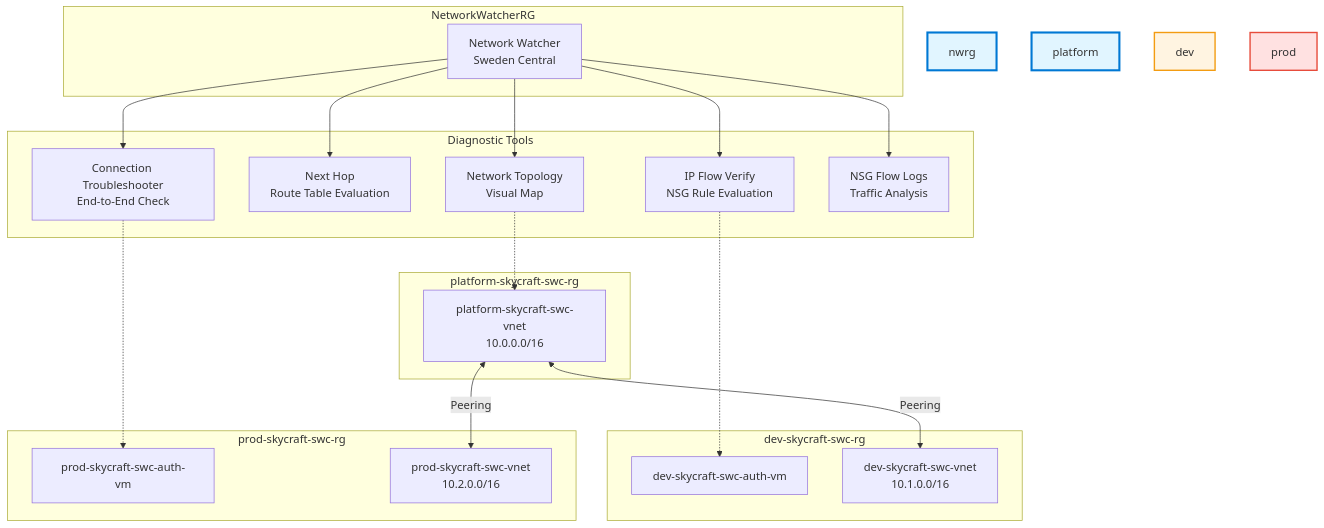
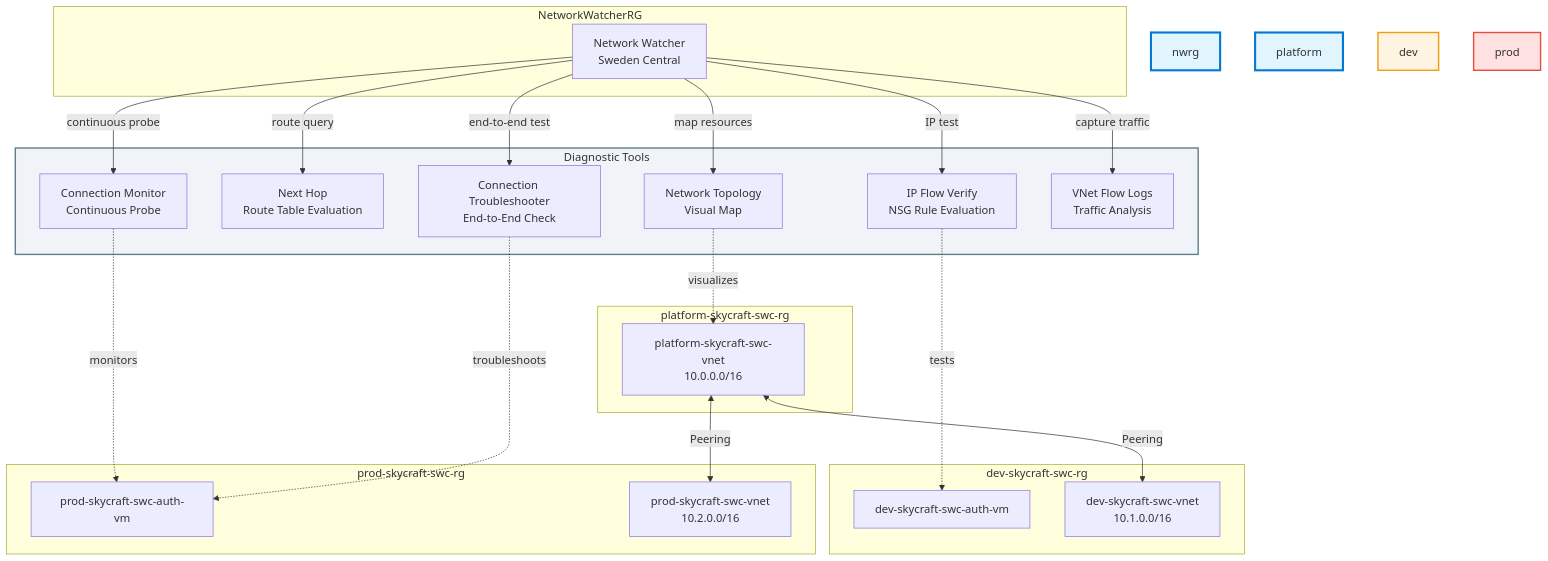
The diagram in module-5-monitoring-maintenance/5.3-network-monitoring/lab-guide-5.3.md (mbiszczanik/skycraft), drawn with Mermaid before and after one commit. The commit also changed other lines of this file and 35 other files, not shown here.

````diff
--- a/module-5-monitoring-maintenance/5.3-network-monitoring/lab-guide-5.3.md
+++ b/module-5-monitoring-maintenance/5.3-network-monitoring/lab-guide-5.3.md
@@ -20,44 +21,48 @@
 ```mermaid
 graph TB
     subgraph "NetworkWatcherRG"
         style nwrg fill:#e1f5ff,stroke:#0078d4,stroke-width:3px
         NW["Network Watcher<br/>Sweden Central"]
     end
 
-    subgraph "Diagnostic Tools"
+    subgraph dt["Diagnostic Tools"]
+        style dt fill:#f0f4f8,stroke:#607d8b,stroke-width:2px
         IPF["IP Flow Verify<br/>NSG Rule Evaluation"]
         NH["Next Hop<br/>Route Table Evaluation"]
         CT["Connection Troubleshooter<br/>End-to-End Check"]
+        CM["Connection Monitor<br/>Continuous Probe"]
         TOPO["Network Topology<br/>Visual Map"]
-        FL["NSG Flow Logs<br/>Traffic Analysis"]
+        FL["VNet Flow Logs<br/>Traffic Analysis"]
     end
 
     subgraph "platform-skycraft-swc-rg"
         style platform fill:#e1f5ff,stroke:#0078d4,stroke-width:3px
         VNET_Hub["platform-skycraft-swc-vnet<br/>10.0.0.0/16"]
     end
 
     subgraph "dev-skycraft-swc-rg"
         style dev fill:#fff4e1,stroke:#f39c12,stroke-width:2px
         VM_Dev["dev-skycraft-swc-auth-vm"]
         VNET_Dev["dev-skycraft-swc-vnet<br/>10.1.0.0/16"]
     end
 
     subgraph "prod-skycraft-swc-rg"
         style prod fill:#ffe1e1,stroke:#e74c3c,stroke-width:2px
         VM_Prod["prod-skycraft-swc-auth-vm"]
         VNET_Prod["prod-skycraft-swc-vnet<br/>10.2.0.0/16"]
     end
 
-    NW --> IPF
-    NW --> NH
-    NW --> CT
-    NW --> TOPO
-    NW --> FL
+    NW -->|"IP test"| IPF
+    NW -->|"route query"| NH
+    NW -->|"end-to-end test"| CT
+    NW -->|"continuous probe"| CM
+    NW -->|"map resources"| TOPO
+    NW -->|"capture traffic"| FL
 
-    IPF -.-> VM_Dev
-    CT -.-> VM_Prod
-    TOPO -.-> VNET_Hub
+    IPF -.->|"tests"| VM_Dev
+    CM -.->|"monitors"| VM_Prod
+    CT -.->|"troubleshoots"| VM_Prod
+    TOPO -.->|"visualizes"| VNET_Hub
     VNET_Hub <-->|"Peering"| VNET_Dev
     VNET_Hub <-->|"Peering"| VNET_Prod
 ```
````
